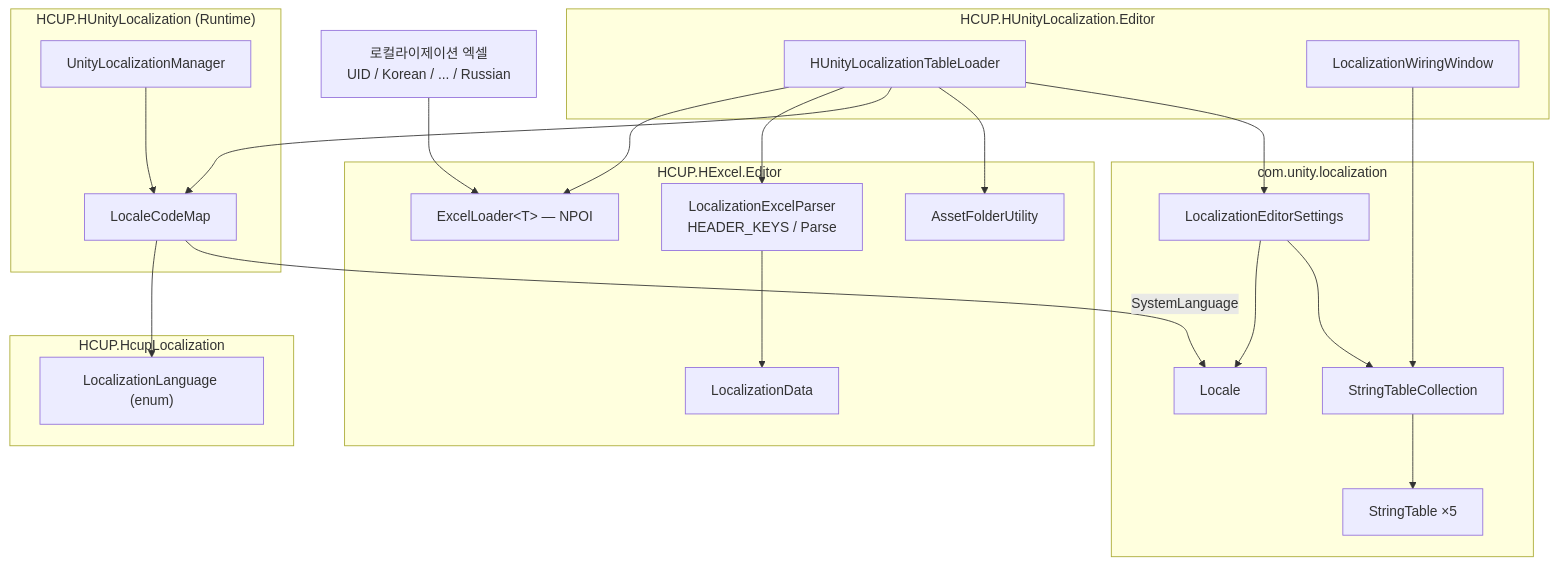
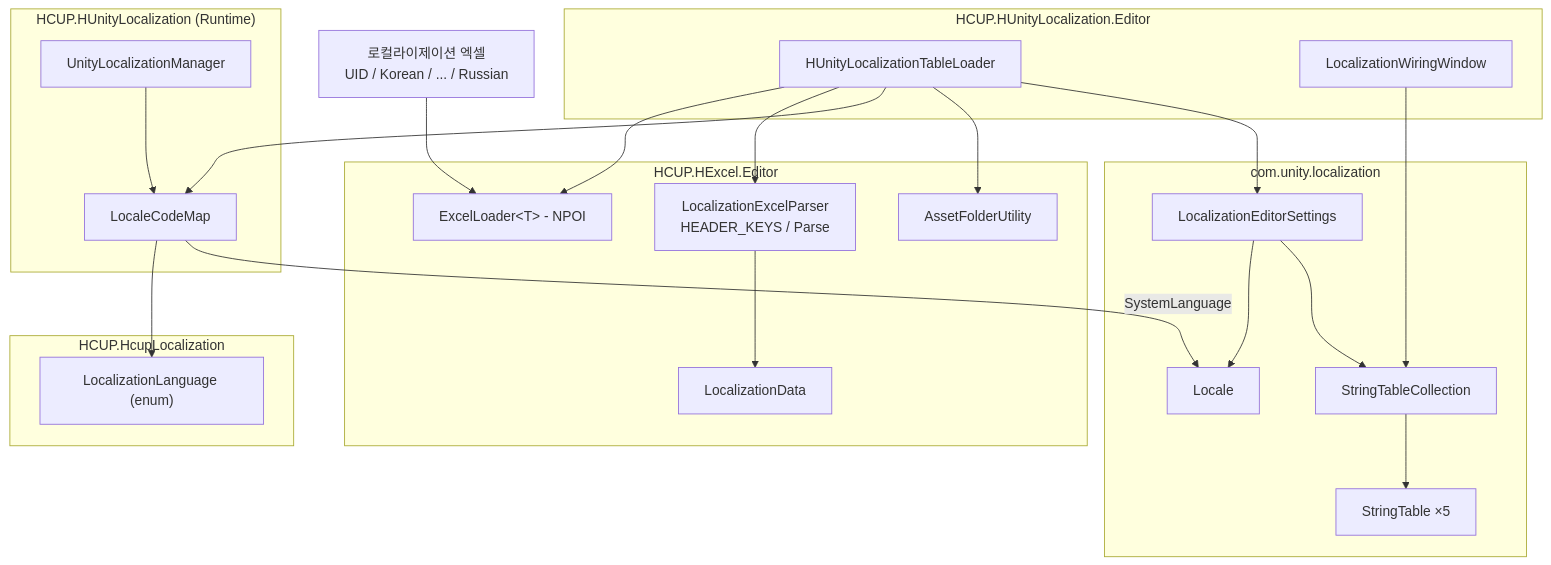
The first of 3 diagrams in HLocalization/HUnityLocalization/Editor/README.md (HoHong123/HCUP-Unity), drawn with Mermaid before and after one commit. The commit also changed other lines of this file, not shown here.

````diff
--- a/HLocalization/HUnityLocalization/Editor/README.md
+++ b/HLocalization/HUnityLocalization/Editor/README.md
@@ -60,47 +59,47 @@
 ```mermaid
 flowchart TD
     XL["로컬라이제이션 엑셀<br/>UID / Korean / ... / Russian"]
 
     subgraph HE["HCUP.HExcel.Editor"]
-    EL["ExcelLoader&lt;T&gt; — NPOI"]
+    EL["ExcelLoader&lt;T&gt; - NPOI"]
     PARSE["LocalizationExcelParser<br/>HEADER_KEYS / Parse"]
     LD["LocalizationData"]
     AFU["AssetFolderUtility"]
     end
 
     subgraph HUL["HCUP.HUnityLocalization.Editor"]
     TLD["HUnityLocalizationTableLoader"]
     WIRE["LocalizationWiringWindow"]
     end
 
     subgraph HULR["HCUP.HUnityLocalization (Runtime)"]
     LCM["LocaleCodeMap"]
     MGR["UnityLocalizationManager"]
     end
 
     subgraph HCL["HCUP.HcupLocalization"]
     EN["LocalizationLanguage (enum)"]
     end
 
     subgraph UL["com.unity.localization"]
     LOC["Locale"]
     STC["StringTableCollection"]
     ST["StringTable ×5"]
     LES["LocalizationEditorSettings"]
     end
 
     XL --> EL
     TLD --> EL
     TLD --> PARSE
     PARSE --> LD
     TLD --> LCM
     MGR --> LCM
     WIRE --> STC
     LCM --> EN
     LCM -->|"SystemLanguage"| LOC
     TLD --> AFU
     TLD --> LES
     LES --> LOC
     LES --> STC
     STC --> ST
 ```
````
